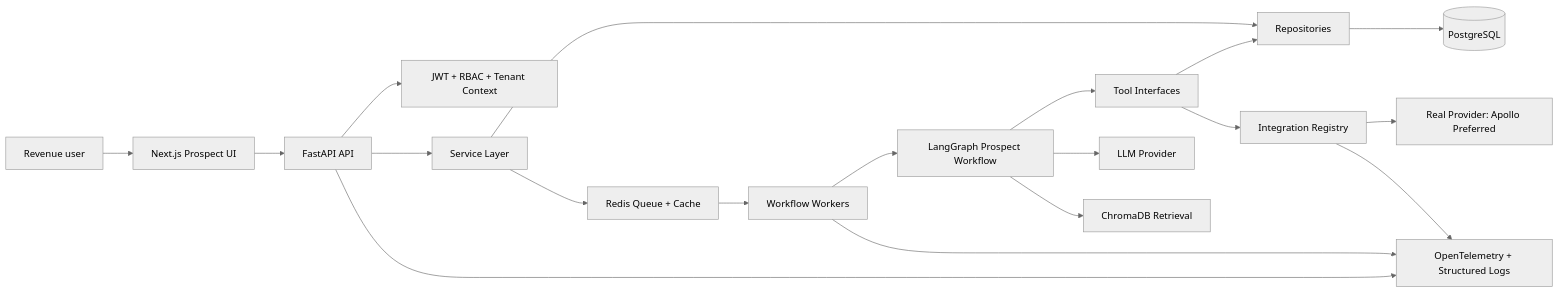
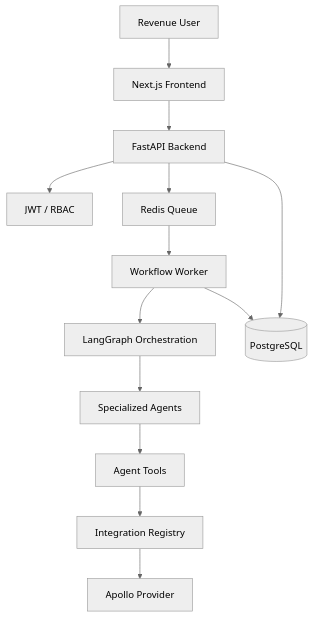
The diagram in docs/architecture.md (nihan-98716/AI-Native-GTM-Platform-Prospect-Backbone-Architecture), drawn with Mermaid (neutral theme) before and after one commit. The commit also changed other lines of this file and 56 other files, not shown here.

Commit message:
docs(phase-8): add architecture docs, walkthrough artifacts and traces

````diff
--- a/docs/architecture.md
+++ b/docs/architecture.md
@@ -7,21 +7,15 @@
 ```mermaid
-flowchart LR
-    User[Revenue user] --> UI[Next.js Prospect UI]
-    UI --> API[FastAPI API]
-    API --> Auth[JWT + RBAC + Tenant Context]
-    API --> Services[Service Layer]
-    Services --> Repos[Repositories]
-    Repos --> PG[(PostgreSQL)]
-    Services --> Queue[Redis Queue + Cache]
-    Queue --> Worker[Workflow Workers]
-    Worker --> Graph[LangGraph Prospect Workflow]
-    Graph --> Tools[Tool Interfaces]
-    Tools --> Repos
+flowchart TD
+    User[Revenue User] --> UI[Next.js Frontend]
+    UI --> API[FastAPI Backend]
+    API --> Auth[JWT / RBAC]
+    API --> Queue[Redis Queue]
+    Queue --> Worker[Workflow Worker]
+    Worker --> Graph[LangGraph Orchestration]
+    Graph --> Agents[Specialized Agents]
+    Agents --> Tools[Agent Tools]
     Tools --> Integrations[Integration Registry]
-    Integrations --> Provider[Real Provider: Apollo Preferred]
-    Graph --> LLM[LLM Provider]
-    Graph --> Vector[ChromaDB Retrieval]
-    API --> Obs[OpenTelemetry + Structured Logs]
-    Worker --> Obs
-    Integrations --> Obs
+    Integrations --> Apollo[Apollo Provider]
+    API --> DB[(PostgreSQL)]
+    Worker --> DB
 ```
````
